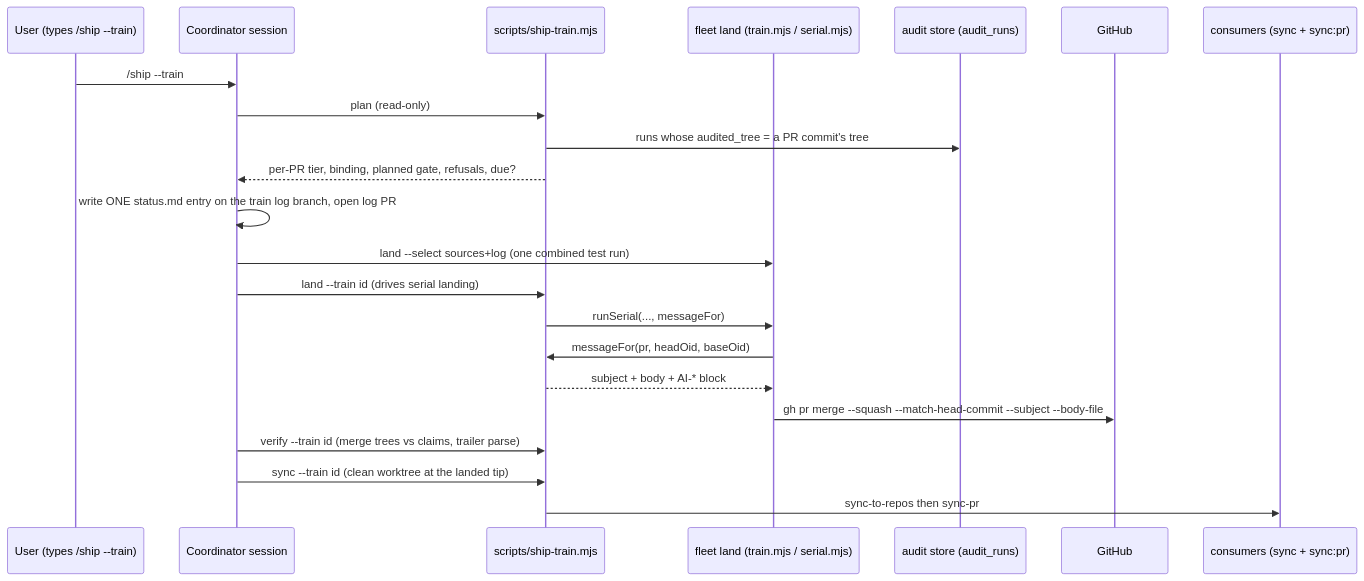
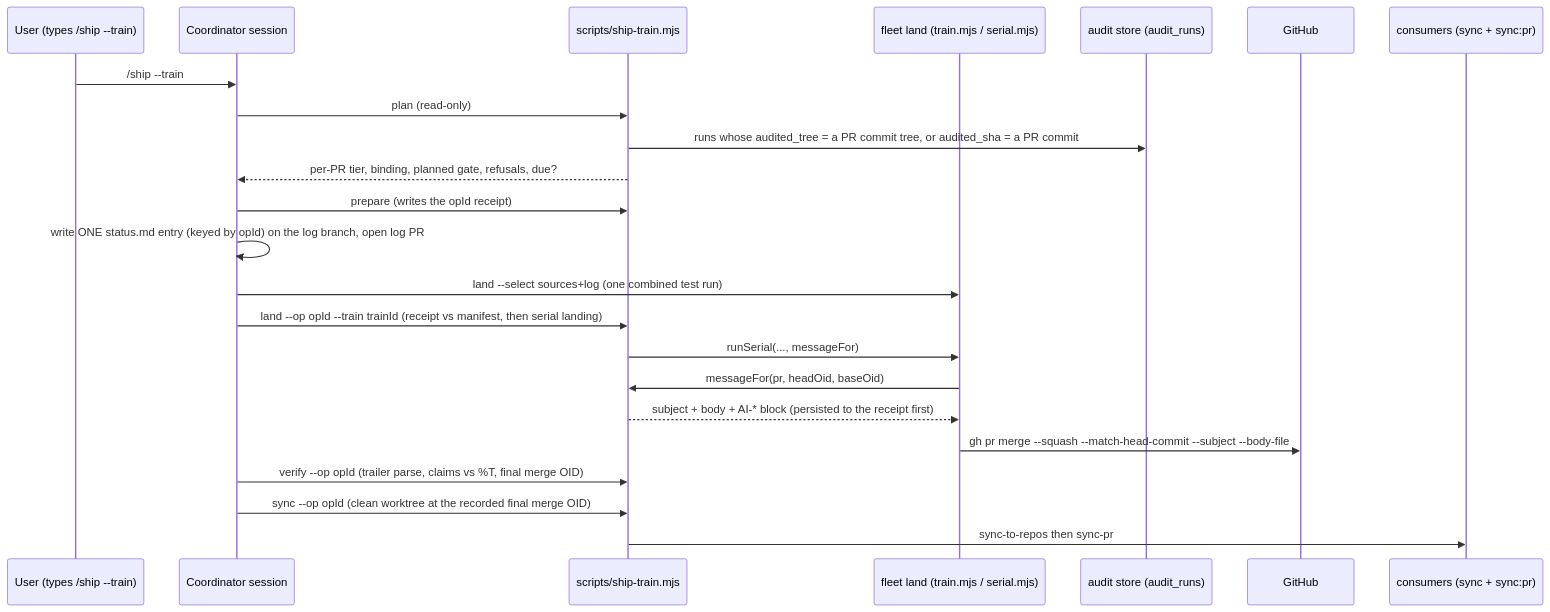
One commit to Lbstrydom/claude-engineering-skills changed the diagram in docs/plans/ship-trains.md. Above: the diagram before and after it, drawn with Mermaid. The commit also changed other lines of this file, not shown here.

````diff
--- a/docs/plans/ship-trains.md
+++ b/docs/plans/ship-trains.md
@@ -95,24 +95,25 @@
 ```mermaid
 sequenceDiagram
   participant U as User (types /ship --train)
   participant C as Coordinator session
   participant ST as scripts/ship-train.mjs
   participant FL as fleet land (train.mjs / serial.mjs)
   participant DB as audit store (audit_runs)
   participant GH as GitHub
   participant CS as consumers (sync + sync:pr)
   U->>C: /ship --train
   C->>ST: plan (read-only)
-  ST->>DB: runs whose audited_tree = a PR commit's tree
+  ST->>DB: runs whose audited_tree = a PR commit tree, or audited_sha = a PR commit
   ST-->>C: per-PR tier, binding, planned gate, refusals, due?
-  C->>C: write ONE status.md entry on the train log branch, open log PR
+  C->>ST: prepare (writes the opId receipt)
+  C->>C: write ONE status.md entry (keyed by opId) on the log branch, open log PR
   C->>FL: land --select sources+log  (one combined test run)
-  C->>ST: land --train id  (drives serial landing)
+  C->>ST: land --op opId --train trainId  (receipt vs manifest, then serial landing)
   ST->>FL: runSerial(..., messageFor)
   FL->>ST: messageFor(pr, headOid, baseOid)
-  ST-->>FL: subject + body + AI-* block
+  ST-->>FL: subject + body + AI-* block (persisted to the receipt first)
   FL->>GH: gh pr merge --squash --match-head-commit --subject --body-file
-  C->>ST: verify --train id (merge trees vs claims, trailer parse)
-  C->>ST: sync --train id (clean worktree at the landed tip)
+  C->>ST: verify --op opId (trailer parse, claims vs %T, final merge OID)
+  C->>ST: sync --op opId (clean worktree at the recorded final merge OID)
   ST->>CS: sync-to-repos then sync-pr
 ```
````
